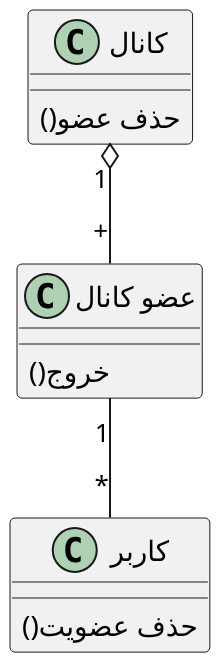
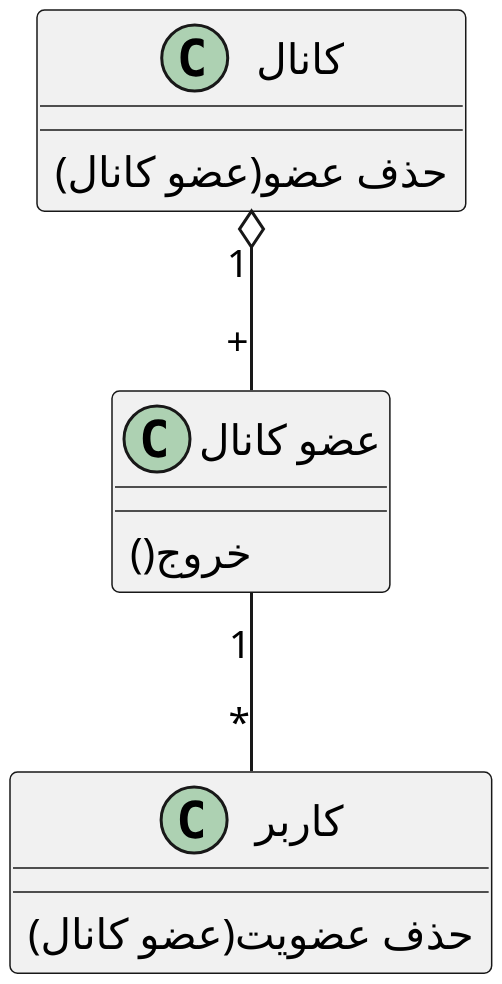
One commit to soleyman79/Qasedak changed the diagram in Diagrams/Class/LeaveChanel.puml. Above: the diagram before and after it, drawn with PlantUML. The commit also changed 1 other file, not shown here.

```diff
--- a/Diagrams/Class/LeaveChanel.puml
+++ b/Diagrams/Class/LeaveChanel.puml
@@ -1,22 +1,24 @@
 @startuml leave_chanel
 
-scale 2
+
+scale 3
 skinparam DefaultFontName B Nazanin
 
 
 class "کانال" as chanel {
-    ()حذف عضو
+    (عضو کانال)حذف عضو
 }
 
 class "عضو کانال" as member {
     ()خروج
 }
 
 class "کاربر" as user {
-    ()حذف عضویت
+    (عضو کانال)حذف عضویت
 }
 
 chanel "    1" o-- "    +" member
 member "1" -- "*" user
 
+
 @enduml
```
